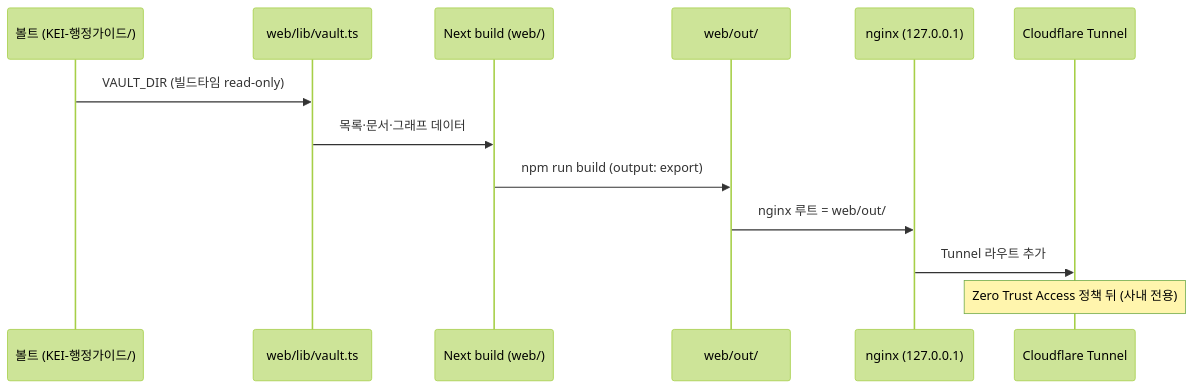
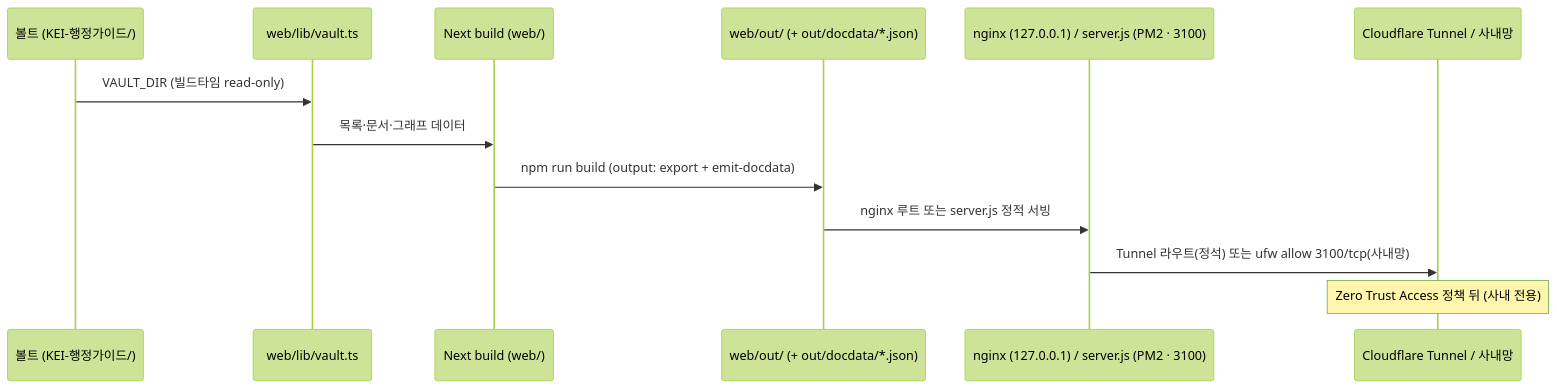
Before and after one commit to mooner92/KEIAdminSuperv: the second of 4 diagrams in docs/06-deployment.md, drawn with Mermaid (forest theme). The commit also changed other lines of this file and 4 other files, not shown here.

````diff
--- a/docs/06-deployment.md
+++ b/docs/06-deployment.md
@@ -99,16 +100,16 @@
 ```mermaid
 sequenceDiagram
     participant V as 볼트 (KEI-행정가이드/)
     participant W as web/lib/vault.ts
     participant B as Next build (web/)
-    participant O as web/out/
-    participant N as nginx (127.0.0.1)
-    participant T as Cloudflare Tunnel
+    participant O as web/out/ (+ out/docdata/*.json)
+    participant N as nginx (127.0.0.1) / server.js (PM2 · 3100)
+    participant T as Cloudflare Tunnel / 사내망
 
     V->>W: VAULT_DIR (빌드타임 read-only)
     W->>B: 목록·문서·그래프 데이터
-    B->>O: npm run build (output: export)
-    O->>N: nginx 루트 = web/out/
-    N->>T: Tunnel 라우트 추가
+    B->>O: npm run build (output: export + emit-docdata)
+    O->>N: nginx 루트 또는 server.js 정적 서빙
+    N->>T: Tunnel 라우트(정석) 또는 ufw allow 3100/tcp(사내망)
     Note over T: Zero Trust Access 정책 뒤 (사내 전용)
 ```
````
